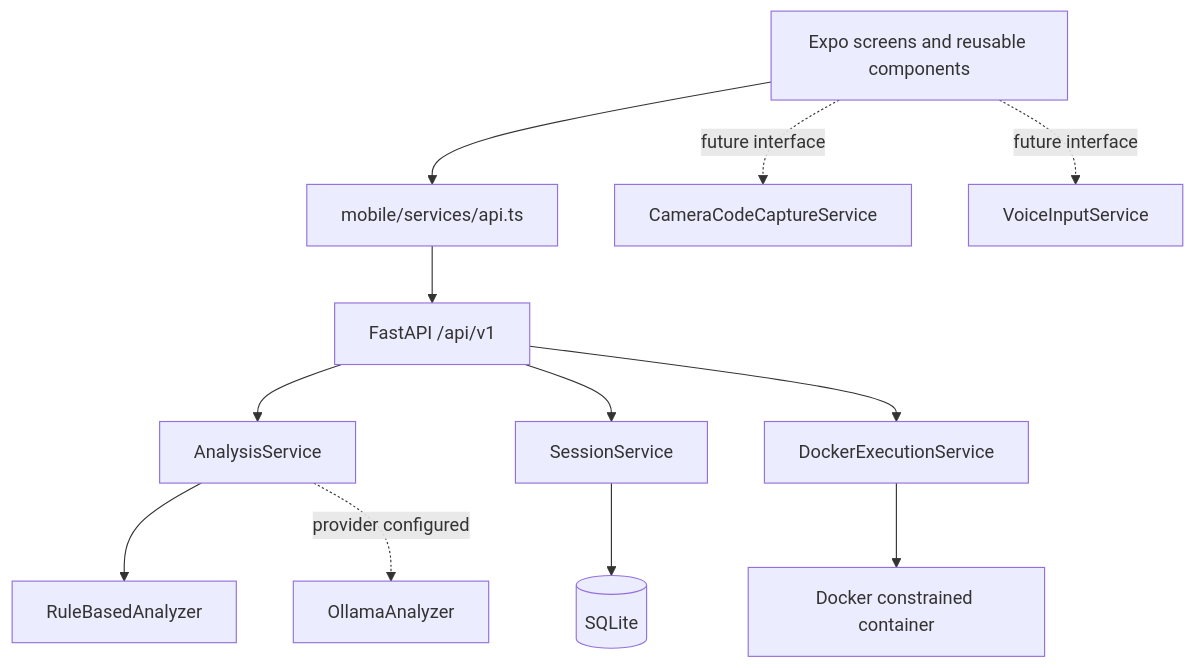
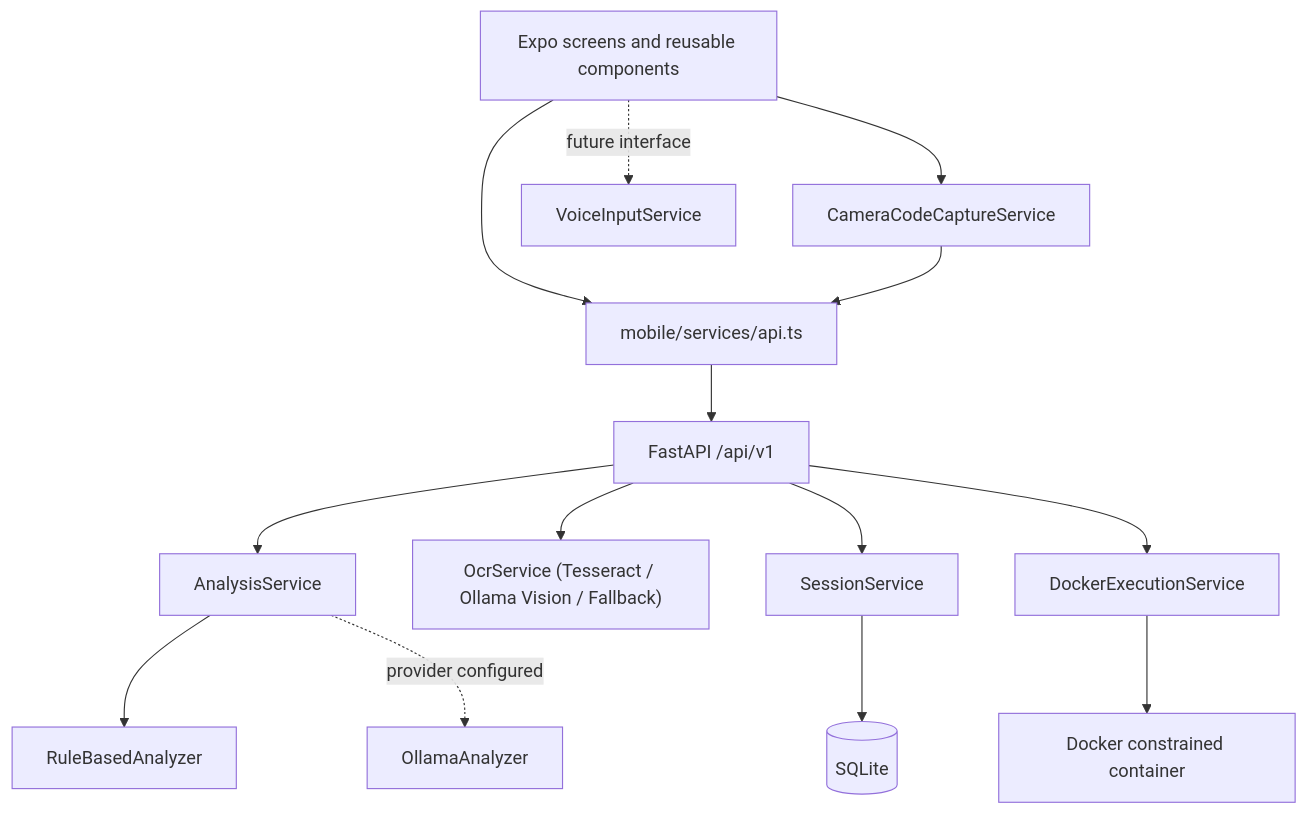
One commit to Bit-manipulators/DevLense changed the diagram in docs/ARCHITECTURE.md. Above: the diagram before and after it, drawn with Mermaid. The commit also changed 18 other files, not shown here.

Commit message:
feat: implement camera and gallery OCR code capture with review modal

````diff
--- a/docs/ARCHITECTURE.md
+++ b/docs/ARCHITECTURE.md
@@ -5,12 +5,13 @@
 ```mermaid
 flowchart TB
   UI["Expo screens and reusable components"] --> API["mobile/services/api.ts"]
   API --> REST["FastAPI /api/v1"]
   REST --> AS["AnalysisService"]
   AS --> RB["RuleBasedAnalyzer"]
   AS -. provider configured .-> OL["OllamaAnalyzer"]
+  REST --> OCR["OcrService (Tesseract / Ollama Vision / Fallback)"]
   REST --> SS["SessionService"] --> DB[("SQLite")]
   REST --> ES["DockerExecutionService"] --> DC["Docker constrained container"]
-  UI -. future interface .-> OCR["CameraCodeCaptureService"]
+  UI --> CAM["CameraCodeCaptureService"] --> API
   UI -. future interface .-> VOICE["VoiceInputService"]
 ```
````
